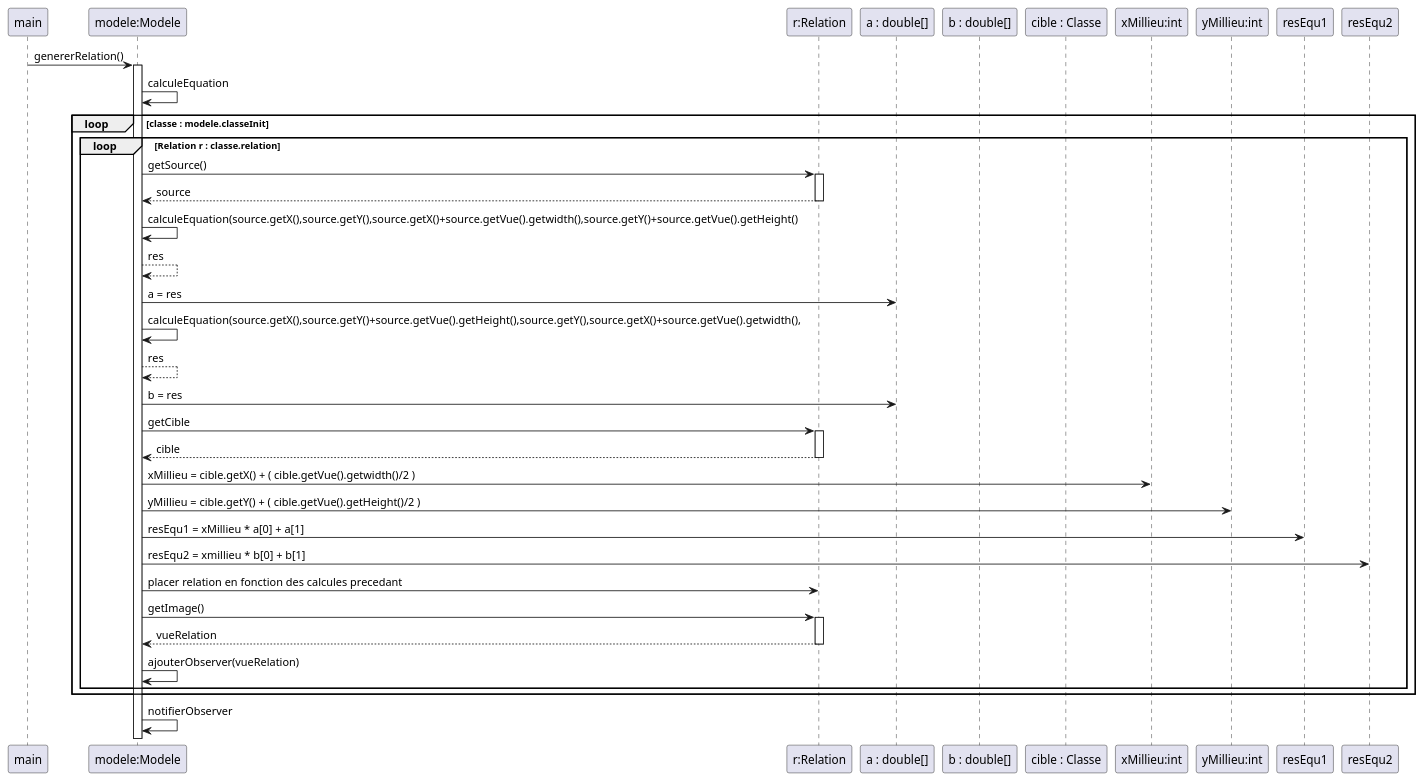
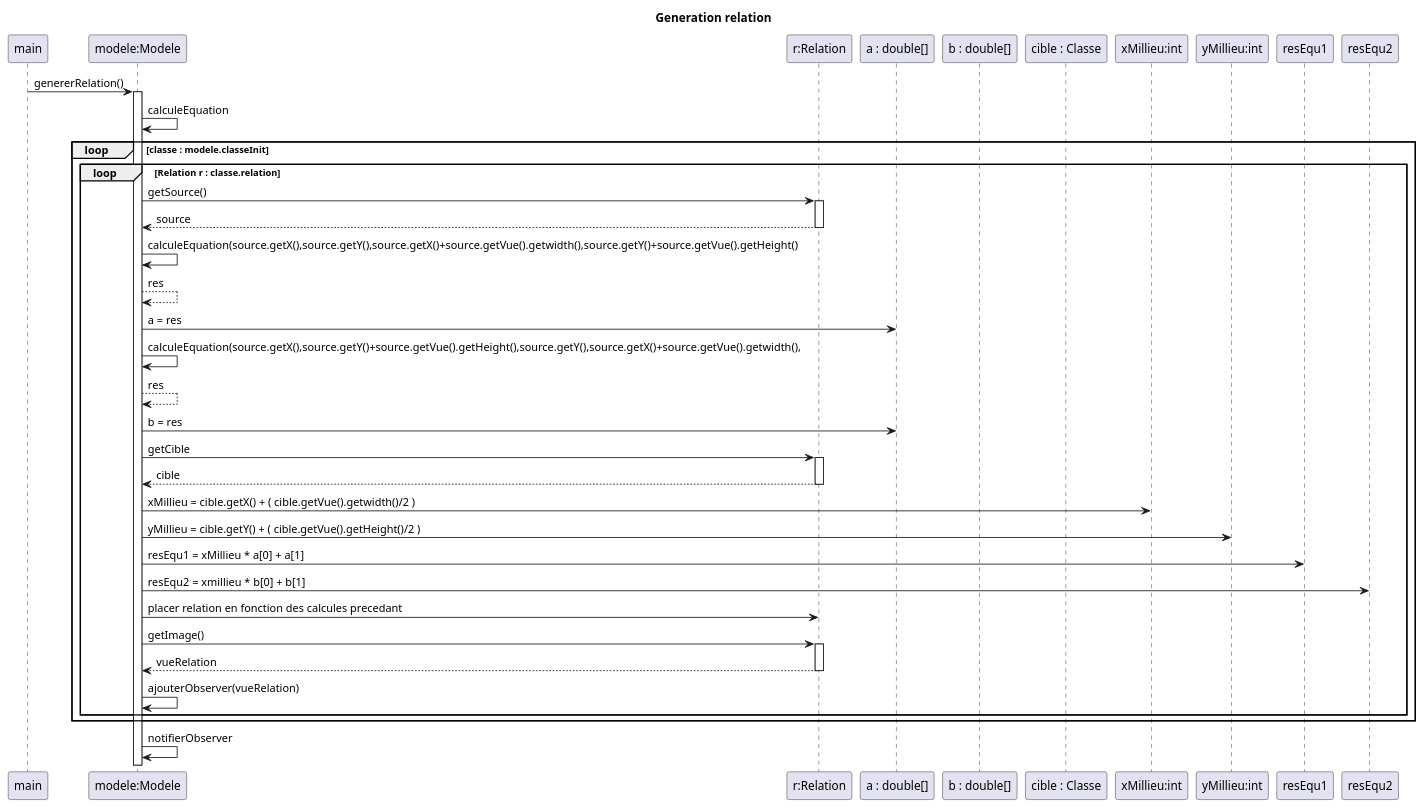
Before and after one commit to Cedran-Bastien/GENERATION-AUTOMATIQUE-DE-DIAGRAMME-DE-CLASSES: the diagram in demo/Conception/Sprint_5/Sequ_generation_relation_diagramme.puml, drawn with PlantUML. The commit also changed 1 other file, not shown here.

```diff
--- a/demo/Conception/Sprint_5/Sequ_generation_relation_diagramme.puml
+++ b/demo/Conception/Sprint_5/Sequ_generation_relation_diagramme.puml
@@ -1,62 +1,64 @@
 @startuml
 'https://plantuml.com/sequence-diagram
 participant main
 participant "modele:Modele" as modele
 participant "r:Relation" as relation
 participant "a : double[]" as equation1
 participant "b : double[]" as equation2
 participant "cible : Classe" as cible
 participant "xMillieu:int" as x
 participant "yMillieu:int" as y
+
+Title Generation relation
 
 main->modele : genererRelation()
 activate modele
 
 
 
 
 
 modele->modele : calculeEquation
 
 loop classe : modele.classeInit
 loop Relation r : classe.relation
 
 modele->relation : getSource()
 activate relation
 relation-->modele : source
 deactivate relation
 
 modele -> modele : calculeEquation(source.getX(),source.getY(),source.getX()+source.getVue().getwidth(),source.getY()+source.getVue().getHeight()
 modele-->modele : res
 modele->equation1 : a = res
 modele -> modele : calculeEquation(source.getX(),source.getY()+source.getVue().getHeight(),source.getY(),source.getX()+source.getVue().getwidth(),
 modele-->modele : res
 modele->equation1 : b = res
 
 modele->relation : getCible
 activate relation
 relation-->modele : cible
 deactivate relation
 
 modele->x : xMillieu = cible.getX() + ( cible.getVue().getwidth()/2 )
 modele->y : yMillieu = cible.getY() + ( cible.getVue().getHeight()/2 )
 
 modele -> resEqu1 : resEqu1 = xMillieu * a[0] + a[1]
 modele -> resEqu2 : resEqu2 = xmillieu * b[0] + b[1]
 
 modele->relation : placer relation en fonction des calcules precedant
 
 modele->relation : getImage()
 activate relation
 relation-->modele : vueRelation
 deactivate relation
 
 modele->modele : ajouterObserver(vueRelation)
 
 
 
 end
 end
 
 modele->modele : notifierObserver
 @enduml
```
